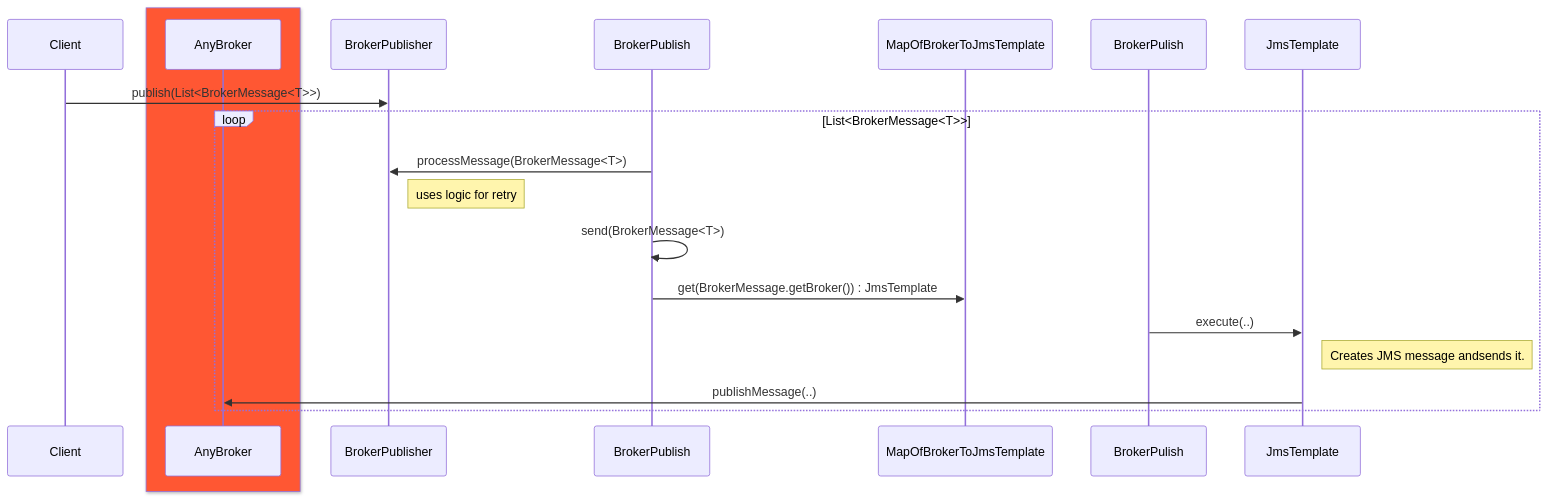
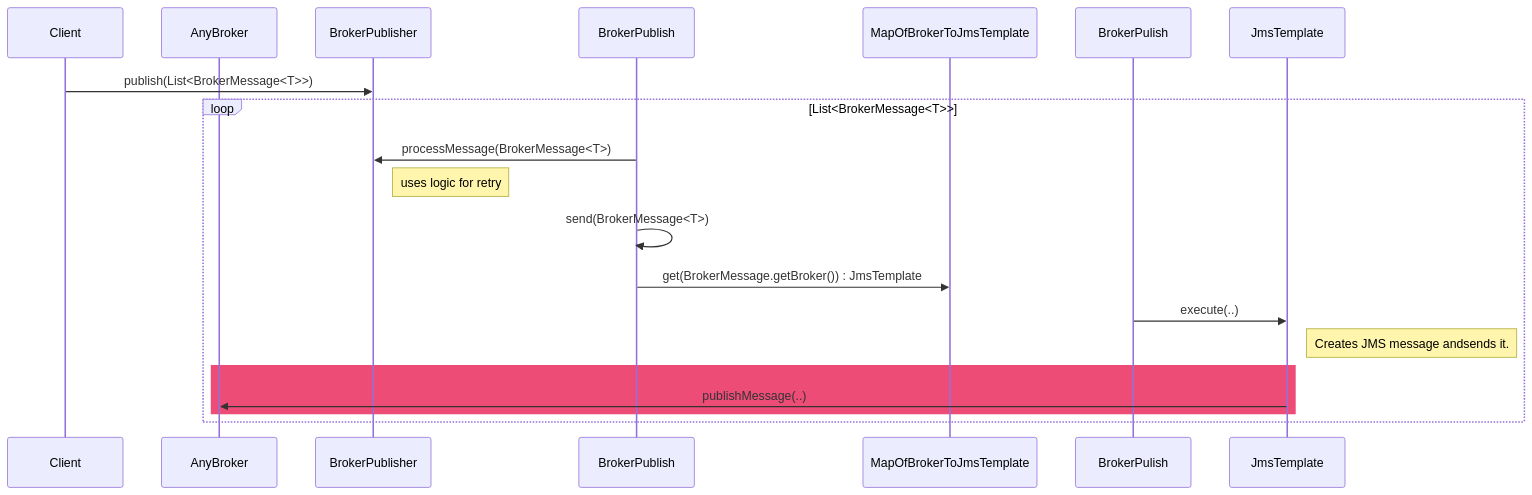
One commit to pablolagreca/nvim-config changed the ninth of 12 diagrams in README.md. Above: the diagram before and after it, drawn with Mermaid. The commit also changed other lines of this file, not shown here.

````diff
--- a/README.md
+++ b/README.md
@@ -554,18 +606,18 @@
 ``` mermaid
 sequenceDiagram
   participant Client
-  box rgb(255,87,51) 
-    participant AnyBroker 
-  end
+  participant AnyBroker 
   Client ->> BrokerPublisher: publish(List<BrokerMessage<T>>)
   loop List<BrokerMessage<T>>
     BrokerPublish ->> BrokerPublisher : processMessage(BrokerMessage<T>)
     note right of BrokerPublisher: uses logic for retry
     BrokerPublish ->> BrokerPublish : send(BrokerMessage<T>)
     BrokerPublish ->> MapOfBrokerToJmsTemplate : get(BrokerMessage.getBroker()) : JmsTemplate
     BrokerPulish ->> JmsTemplate : execute(..)
     note right of JmsTemplate: Creates JMS message andsends it.
-    JmsTemplate ->> AnyBroker : publishMessage(..)
+    rect rgb(237, 76, 119)
+      JmsTemplate ->> AnyBroker : publishMessage(..)
+    end
   end
 
 ```
````
